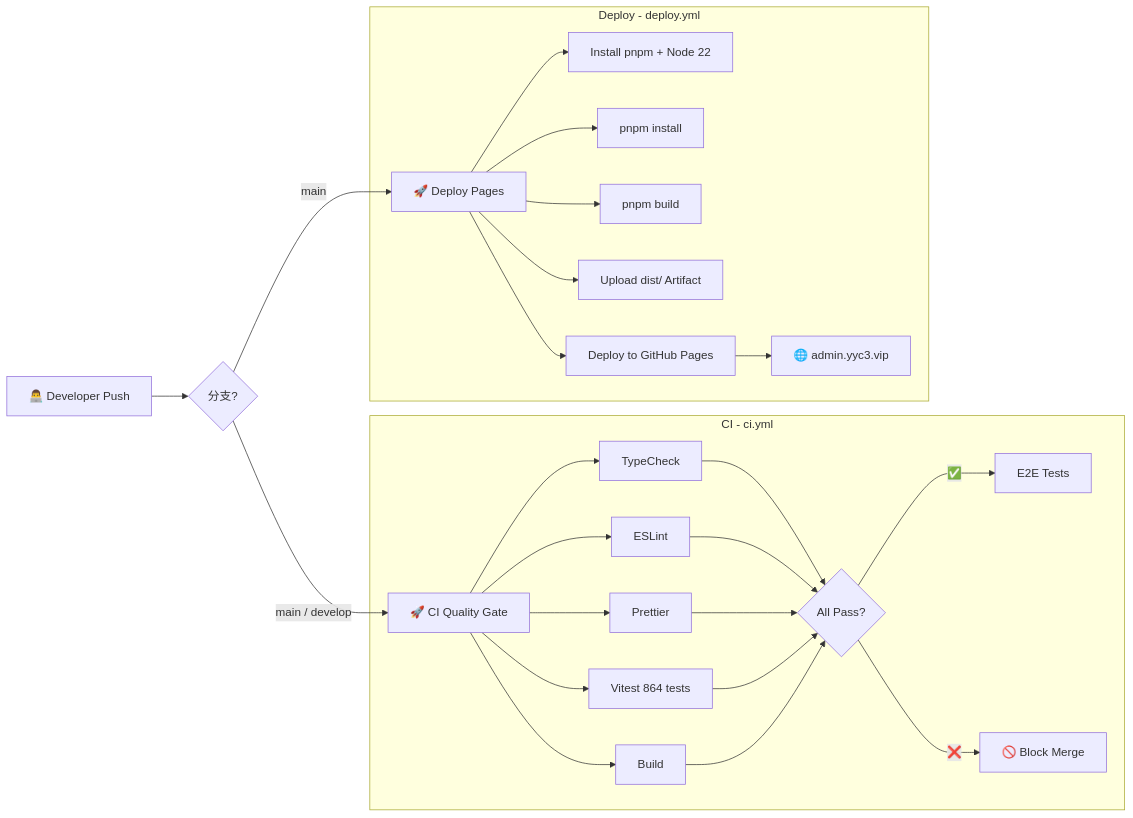
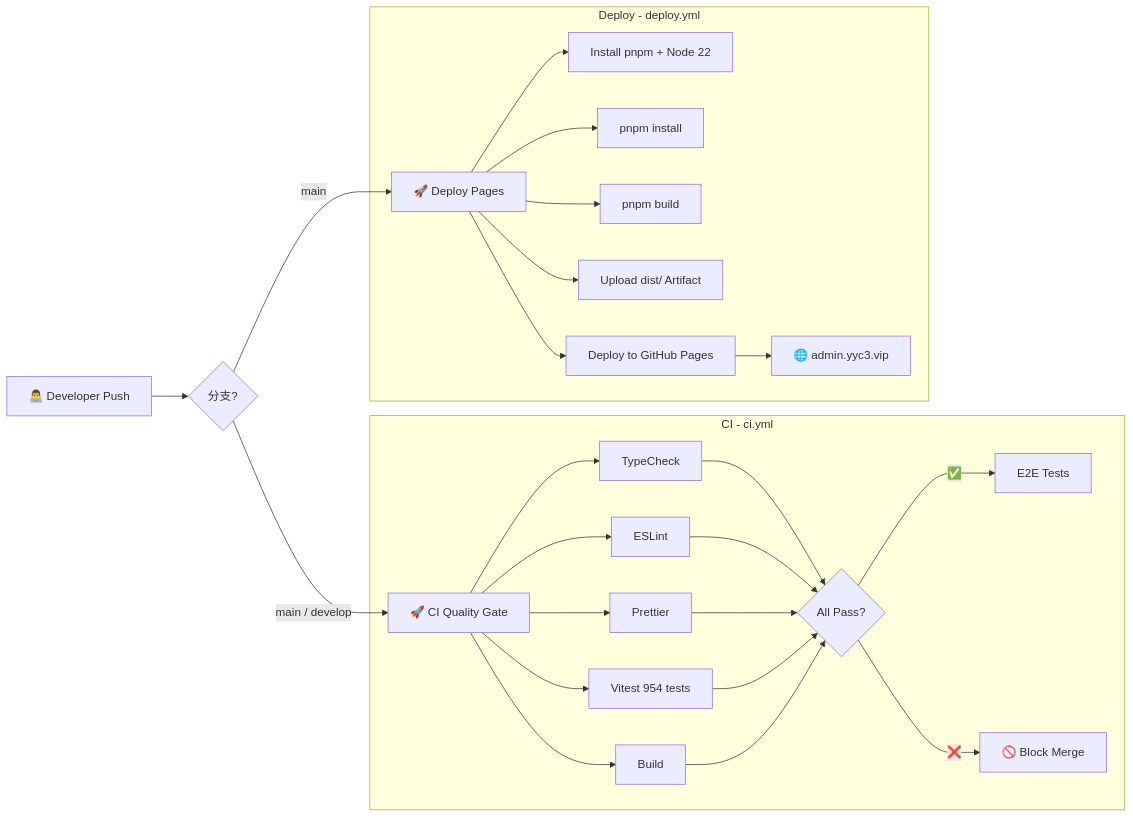
Before and after one commit to YYC-Cube/YYC3-Administration: the second of 3 diagrams in README.md, drawn with Mermaid. The commit also changed other lines of this file and 20 other files, not shown here.

````diff
--- a/README.md
+++ b/README.md
@@ -209,26 +209,26 @@
 ```mermaid
 flowchart LR
   A[👨‍💻 Developer Push] --> B{分支?}
   B -->|main / develop| C[🚀 CI Quality Gate]
   B -->|main| D[🚀 Deploy Pages]
 
   subgraph CI[CI - ci.yml]
     C --> Q1[TypeCheck]
     C --> Q2[ESLint]
     C --> Q3[Prettier]
-    C --> Q4[Vitest 864 tests]
+    C --> Q4[Vitest 954 tests]
     C --> Q5[Build]
     Q1 & Q2 & Q3 & Q4 & Q5 --> F{All Pass?}
     F -->|✅| E2E[E2E Tests]
     F -->|❌| G[🚫 Block Merge]
   end
 
   subgraph Deploy[Deploy - deploy.yml]
     D --> D1[Install pnpm + Node 22]
     D --> D2[pnpm install]
     D --> D3[pnpm build]
     D --> D4[Upload dist/ Artifact]
     D --> D5[Deploy to GitHub Pages]
     D5 --> H[🌐 admin.yyc3.vip]
   end
 ```
````
